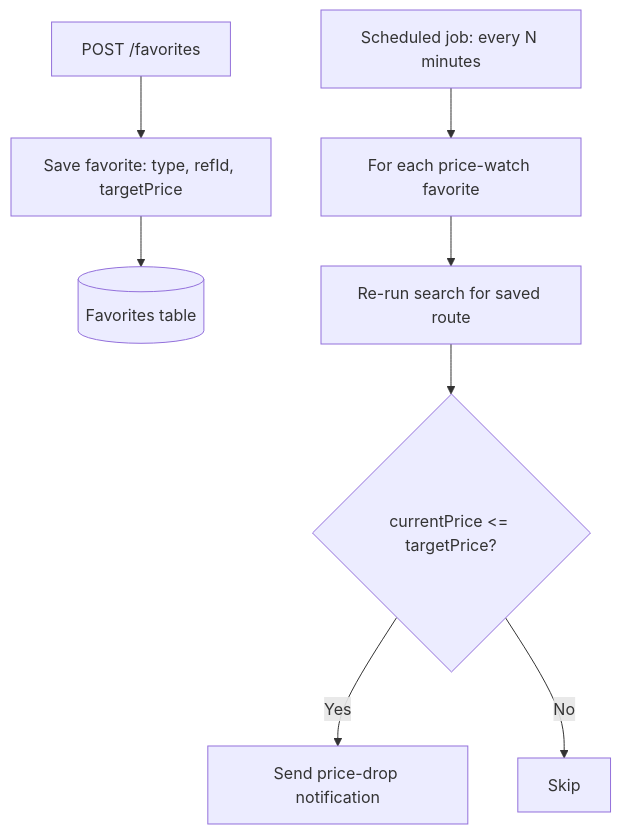
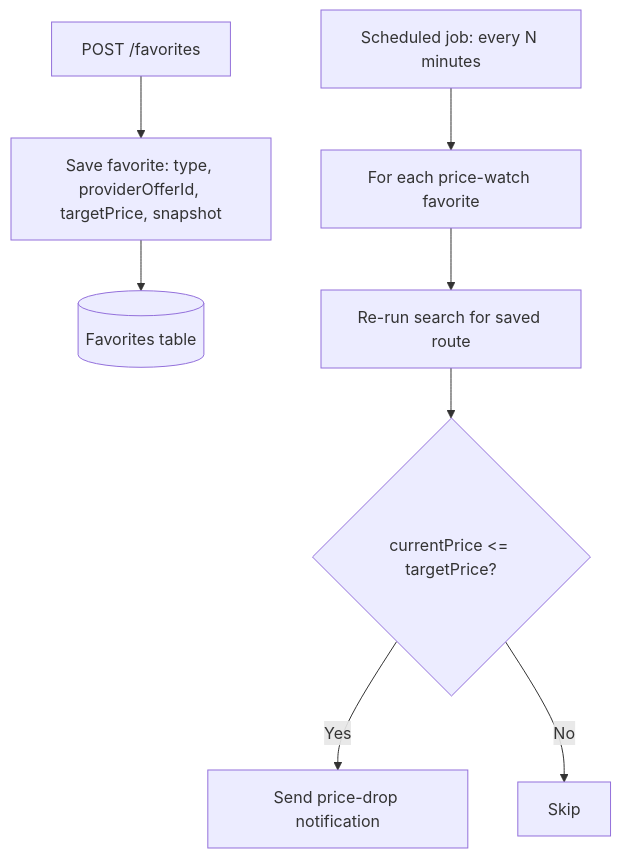
The tenth of 12 diagrams in README.md (SaraMagdyAbdelhamed/booking_project_nodejs), drawn with Mermaid before and after one commit. The commit also changed other lines of this file, not shown here.

Commit message:
Refine booking system architecture by enhancing entity relationships and clarifying booking pipelines for flights and hotels

````diff
--- a/README.md
+++ b/README.md
@@ -952,11 +934,11 @@
 ```mermaid
 flowchart TD
-    A[POST /favorites] --> B[Save favorite: type, refId, targetPrice]
+    A[POST /favorites] --> B[Save favorite: type, providerOfferId, targetPrice, snapshot]
     B --> C[(Favorites table)]
 
     D[Scheduled job: every N minutes] --> E[For each price-watch favorite]
     E --> F[Re-run search for saved route]
     F --> G{currentPrice <= targetPrice?}
     G -->|Yes| H[Send price-drop notification]
     G -->|No| I[Skip]
 ```
````
